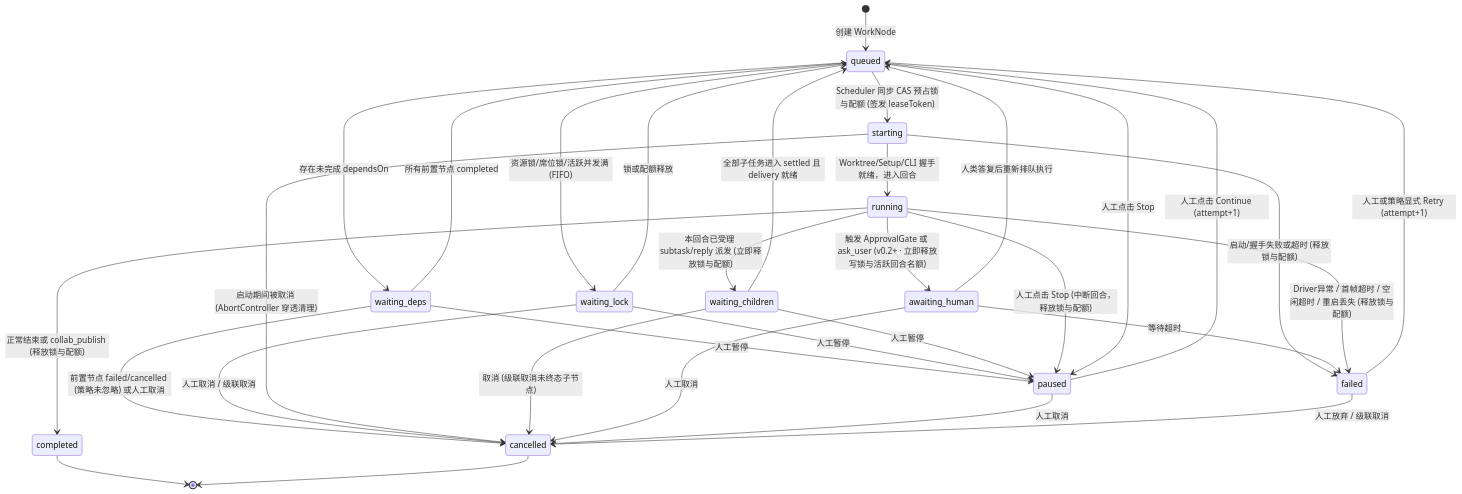
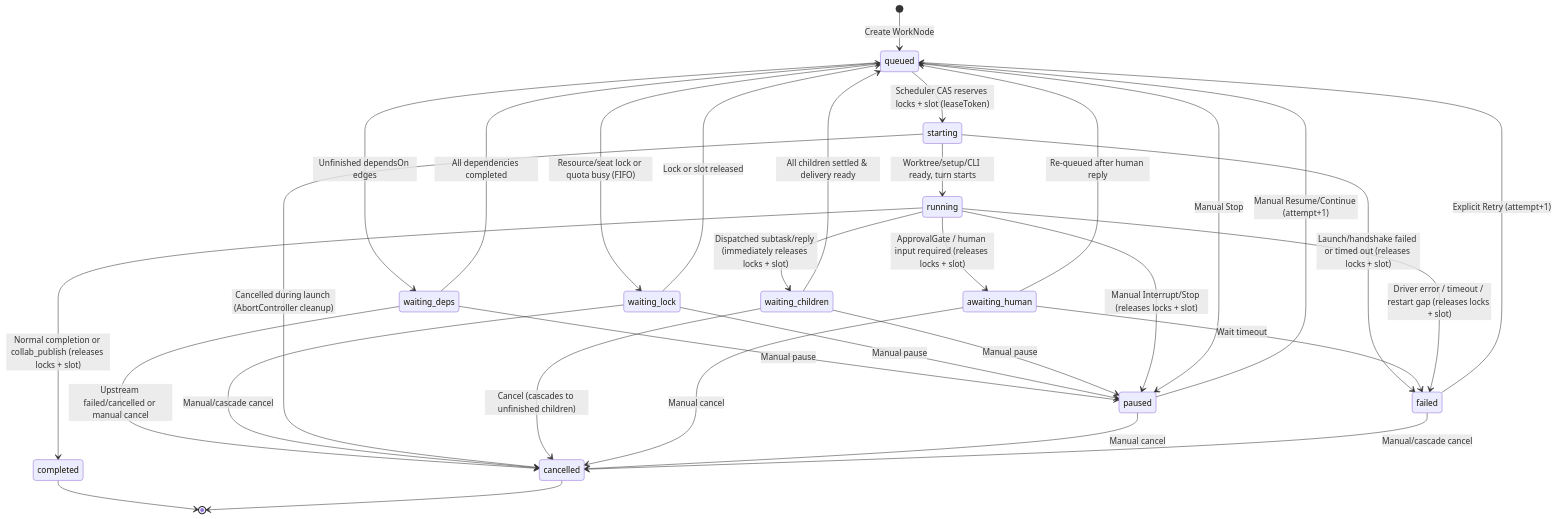
One commit to lilojmmJimmy/omagents changed the diagram in docs/03-DOMAIN-DESIGN.md. Above: the diagram before and after it, drawn with Mermaid. The commit also changed other lines of this file and 9 other files, not shown here.

Commit message:
docs: translate legacy architecture specs and milestone reports to English

````diff
--- a/docs/03-DOMAIN-DESIGN.md
+++ b/docs/03-DOMAIN-DESIGN.md
@@ -57,41 +57,41 @@
 ```mermaid
 stateDiagram-v2
-  [*] --> queued: 创建 WorkNode
-  queued --> waiting_deps: 存在未完成 dependsOn
-  waiting_deps --> queued: 所有前置节点 completed
-  waiting_deps --> paused: 人工暂停
-  waiting_deps --> cancelled: 前置节点 failed/cancelled (策略未忽略) 或人工取消
+  [*] --> queued: Create WorkNode
+  queued --> waiting_deps: Unfinished dependsOn edges
+  waiting_deps --> queued: All dependencies completed
+  waiting_deps --> paused: Manual pause
+  waiting_deps --> cancelled: Upstream failed/cancelled or manual cancel
 
-  queued --> waiting_lock: 资源锁/席位锁/活跃并发满 (FIFO)
-  waiting_lock --> queued: 锁或配额释放
-  waiting_lock --> paused: 人工暂停
-  waiting_lock --> cancelled: 人工取消 / 级联取消
+  queued --> waiting_lock: Resource/seat lock or quota busy (FIFO)
+  waiting_lock --> queued: Lock or slot released
+  waiting_lock --> paused: Manual pause
+  waiting_lock --> cancelled: Manual/cascade cancel
 
-  queued --> starting: Scheduler 同步 CAS 预占锁与配额 (签发 leaseToken)
-  starting --> running: Worktree/Setup/CLI 握手就绪，进入回合
-  starting --> failed: 启动/握手失败或超时 (释放锁与配额)
-  starting --> cancelled: 启动期间被取消 (AbortController 穿透清理)
+  queued --> starting: Scheduler CAS reserves locks + slot (leaseToken)
+  starting --> running: Worktree/setup/CLI ready, turn starts
+  starting --> failed: Launch/handshake failed or timed out (releases locks + slot)
+  starting --> cancelled: Cancelled during launch (AbortController cleanup)
 
-  running --> waiting_children: 本回合已受理 subtask/reply 派发 (立即释放锁与配额)
-  waiting_children --> queued: 全部子任务进入 settled 且 delivery 就绪
-  waiting_children --> paused: 人工暂停
-  waiting_children --> cancelled: 取消 (级联取消未终态子节点)
+  running --> waiting_children: Dispatched subtask/reply (immediately releases locks + slot)
+  waiting_children --> queued: All children settled & delivery ready
+  waiting_children --> paused: Manual pause
+  waiting_children --> cancelled: Cancel (cascades to unfinished children)
 
-  running --> awaiting_human: 触发 ApprovalGate 或 ask_user (v0.2+ · 立即释放写锁与活跃回合名额)
-  awaiting_human --> queued: 人类答复后重新排队执行
-  awaiting_human --> failed: 等待超时
-  awaiting_human --> cancelled: 人工取消
+  running --> awaiting_human: ApprovalGate / human input required (releases locks + slot)
+  awaiting_human --> queued: Re-queued after human reply
+  awaiting_human --> failed: Wait timeout
+  awaiting_human --> cancelled: Manual cancel
 
-  running --> paused: 人工点击 Stop (中断回合，释放锁与配额)
-  queued --> paused: 人工点击 Stop
-  paused --> queued: 人工点击 Continue (attempt+1)
-  paused --> cancelled: 人工取消
+  running --> paused: Manual Interrupt/Stop (releases locks + slot)
+  queued --> paused: Manual Stop
+  paused --> queued: Manual Resume/Continue (attempt+1)
+  paused --> cancelled: Manual cancel
 
-  running --> completed: 正常结束或 collab_publish (释放锁与配额)
-  running --> failed: Driver异常 / 首帧超时 / 空闲超时 / 重启丢失 (释放锁与配额)
-  failed --> queued: 人工或策略显式 Retry (attempt+1)
-  failed --> cancelled: 人工放弃 / 级联取消
+  running --> completed: Normal completion or collab_publish (releases locks + slot)
+  running --> failed: Driver error / timeout / restart gap (releases locks + slot)
+  failed --> queued: Explicit Retry (attempt+1)
+  failed --> cancelled: Manual/cascade cancel
 
   completed --> [*]
   cancelled --> [*]
 ```
````
